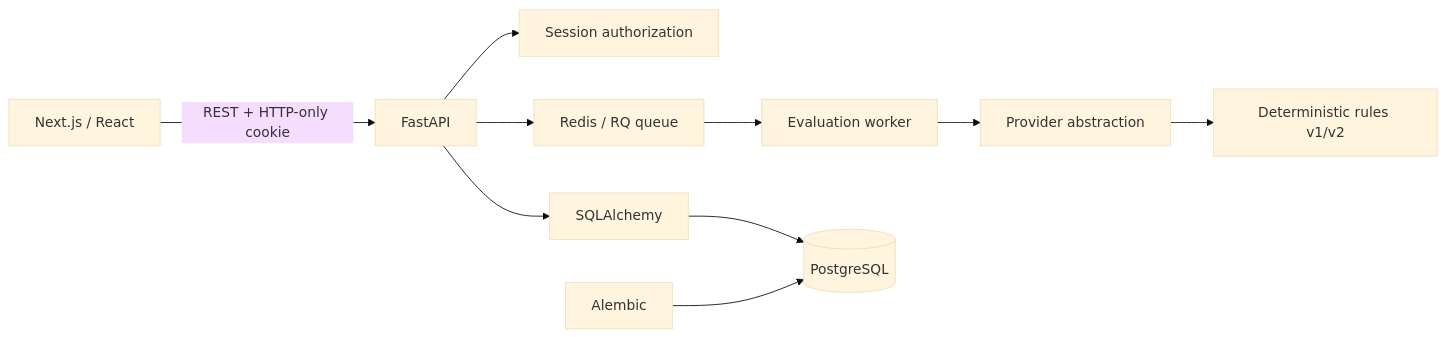
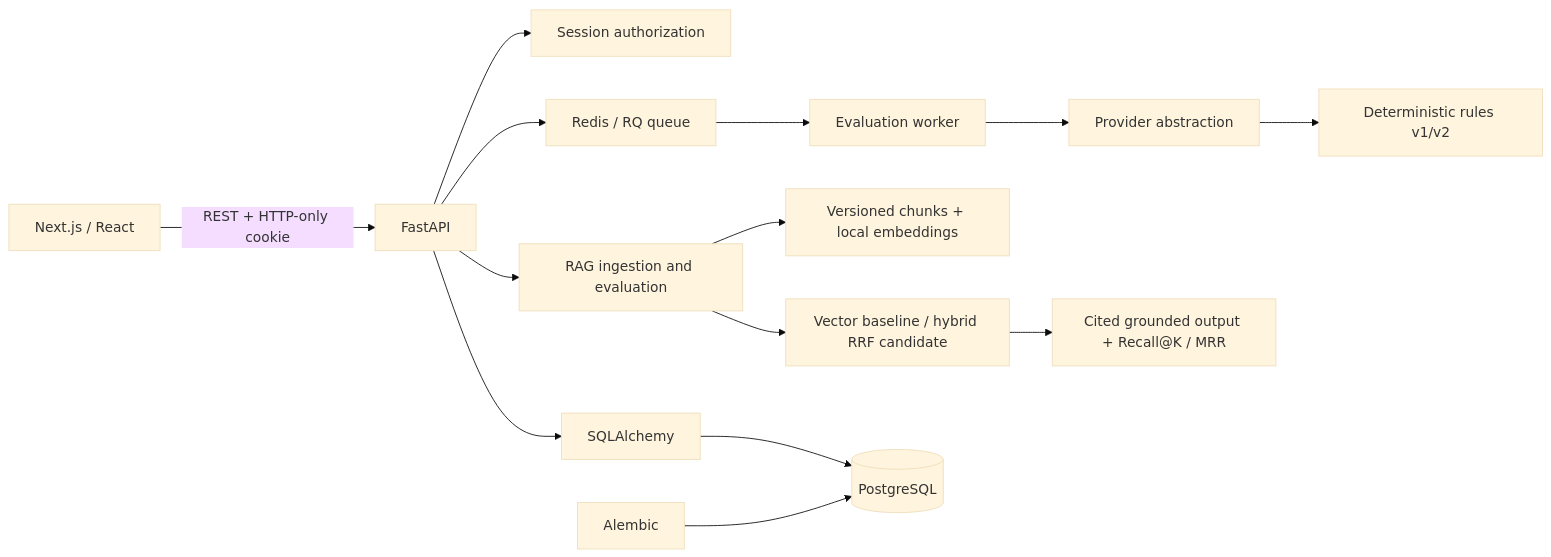
One commit to Demianman/EvalForge changed the diagram in README.md. Above: the diagram before and after it, drawn with Mermaid (base theme). The commit also changed other lines of this file and 14 other files, not shown here.

Commit message:
feat: add reproducible RAG evaluation lab

````diff
--- a/README.md
+++ b/README.md
@@ -40,12 +45,16 @@
 ```mermaid
 flowchart LR
   Browser[Next.js / React] -->|REST + HTTP-only cookie| API[FastAPI]
   API --> Auth[Session authorization]
   API --> Queue[Redis / RQ queue]
   Queue --> Worker[Evaluation worker]
   Worker --> Runner[Provider abstraction]
   Runner --> Local[Deterministic rules v1/v2]
+  API --> RAG[RAG ingestion and evaluation]
+  RAG --> Chunks[Versioned chunks + local embeddings]
+  RAG --> Retrieval[Vector baseline / hybrid RRF candidate]
+  Retrieval --> Citations[Cited grounded output + Recall@K / MRR]
   API --> ORM[SQLAlchemy]
   ORM --> DB[(PostgreSQL)]
   Alembic[Alembic] --> DB
 ```
````
